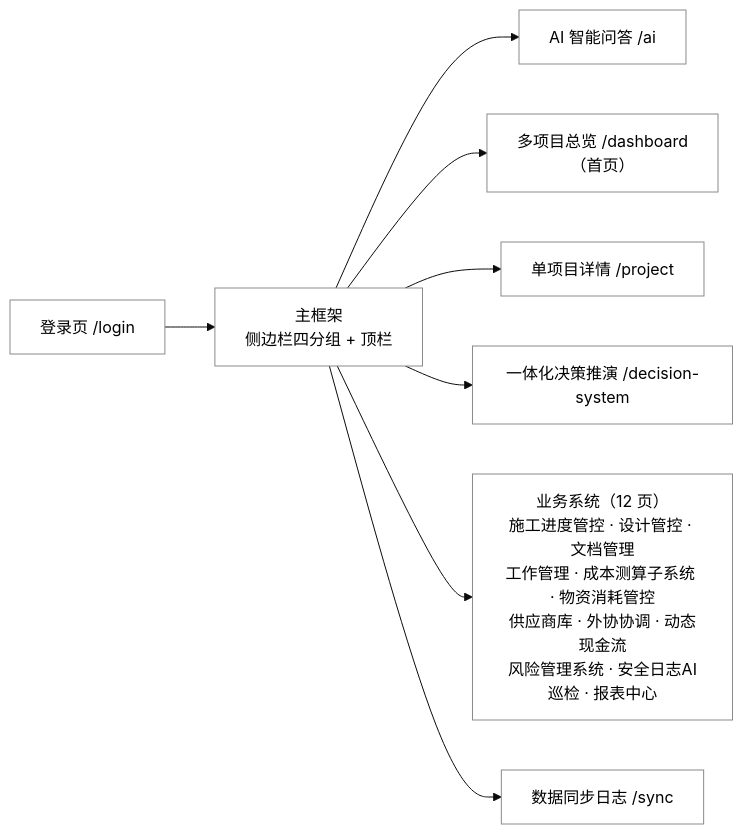
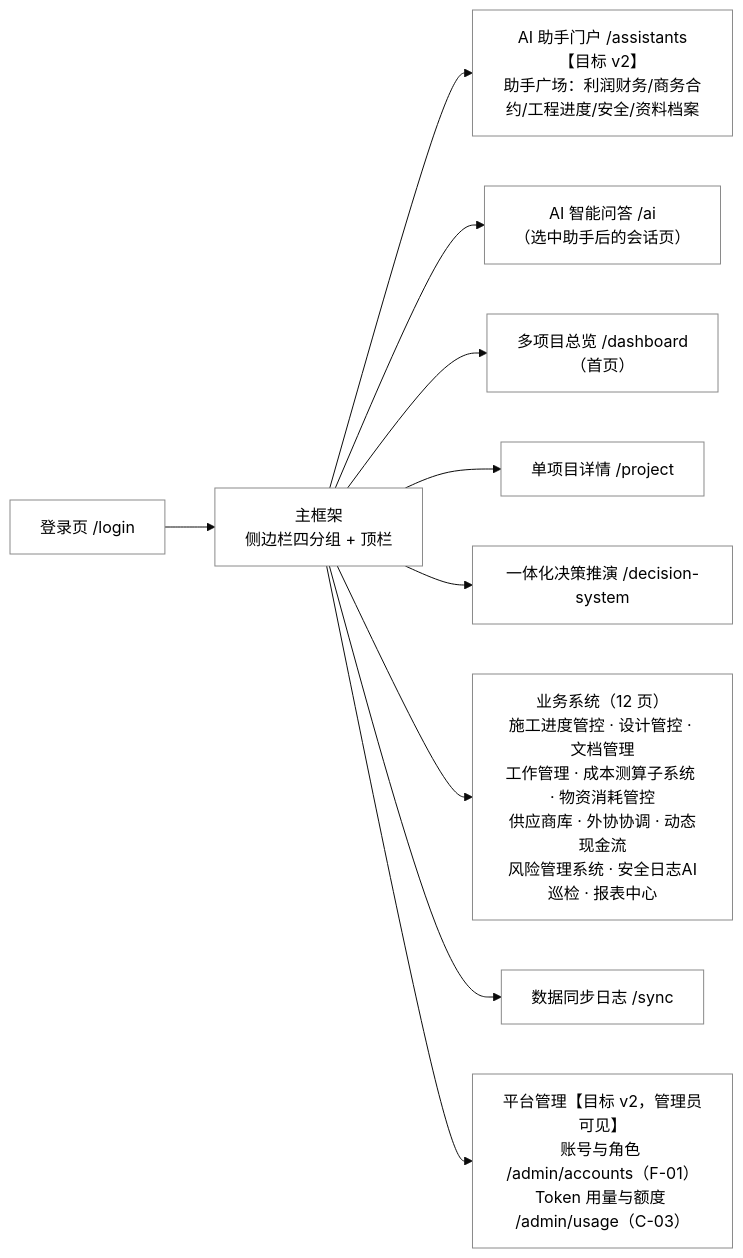
The first of 3 diagrams in docs/UI与功能设计.md (Clearlove7Zz/huangpu), drawn with Mermaid (base theme) before and after one commit. The commit also changed other lines of this file and 10 other files, not shown here.

````diff
--- a/docs/UI与功能设计.md
+++ b/docs/UI与功能设计.md
@@ -12,17 +14,20 @@
 ```mermaid
 flowchart LR
     Login["登录页 /login"] --> Main["主框架<br/>侧边栏四分组 + 顶栏"]
 
-    Main --> A1["AI 智能问答 /ai"]
+    Main --> A0["AI 助手门户 /assistants【目标 v2】<br/>助手广场：利润财务/商务合约/工程进度/安全/资料档案"]
+    Main --> A1["AI 智能问答 /ai<br/>（选中助手后的会话页）"]
 
     Main --> S1["多项目总览 /dashboard<br/>（首页）"]
     Main --> S2["单项目详情 /project"]
     Main --> S3["一体化决策推演 /decision-system"]
 
     Main --> B["业务系统（12 页）<br/>施工进度管控 · 设计管控 · 文档管理<br/>工作管理 · 成本测算子系统 · 物资消耗管控<br/>供应商库 · 外协协调 · 动态现金流<br/>风险管理系统 · 安全日志AI巡检 · 报表中心"]
 
     Main --> Y1["数据同步日志 /sync"]
 
+    Main --> Z1["平台管理【目标 v2，管理员可见】<br/>账号与角色 /admin/accounts（F-01）<br/>Token 用量与额度 /admin/usage（C-03）"]
+
     classDef plain fill:#ffffff,stroke:#8a8a8a,color:#000000
-    class Login,Main,A1,S1,S2,S3,B,Y1 plain
+    class Login,Main,A0,A1,S1,S2,S3,B,Y1,Z1 plain
 ```
````
